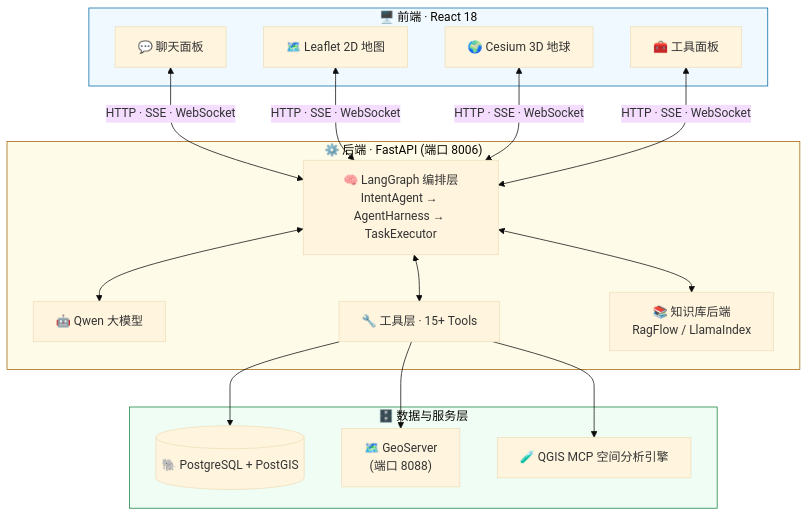
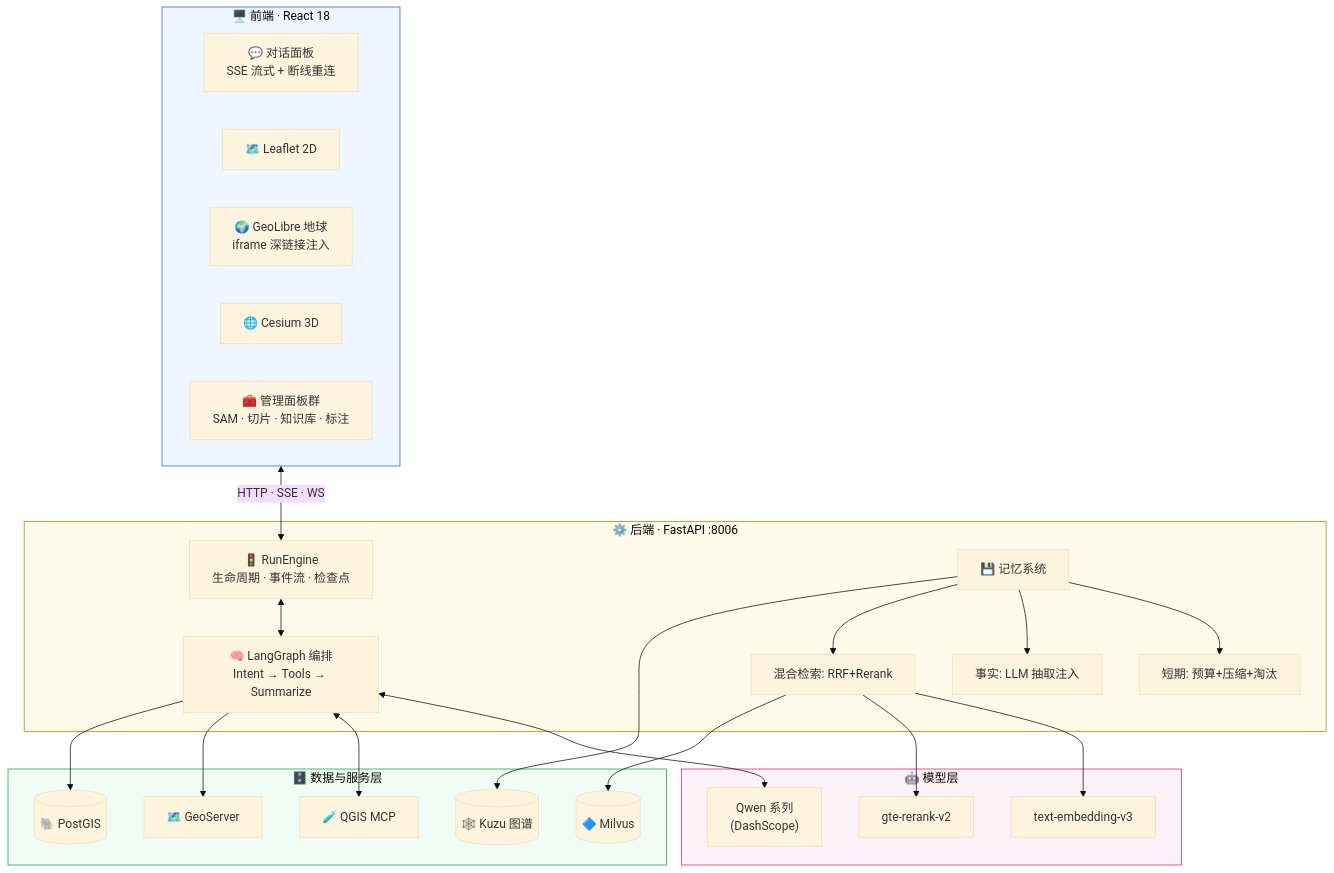
One commit to PotatoH-cmd/Smart_Map changed the first of 2 diagrams in README.md. Above: the diagram before and after it, drawn with Mermaid (base theme). The commit also changed other lines of this file and 37 other files, not shown here.

First line of the commit message:
feat: 记忆系统全面升级 + GeoLibre 三维工作台 + 前端交互优化

````diff
--- a/README.md
+++ b/README.md
@@ -62,34 +77,47 @@
 ```mermaid
 graph TB
     subgraph FE["🖥️ 前端 · React 18"]
-        Chat["💬 聊天面板"]
-        Map2D["🗺️ Leaflet 2D 地图"]
-        Map3D["🌍 Cesium 3D 地球"]
-        Tools["🧰 工具面板"]
+        Chat["💬 对话面板<br/>SSE 流式 + 断线重连"]
+        Map2D["🗺️ Leaflet 2D"]
+        Globe["🌍 GeoLibre 地球<br/>iframe 深链接注入"]
+        Map3D["🌐 Cesium 3D"]
+        Panels["🧰 管理面板群<br/>SAM · 切片 · 知识库 · 标注"]
     end
 
-    subgraph BE["⚙️ 后端 · FastAPI (端口 8006)"]
-        Orche["🧠 LangGraph 编排层<br/>IntentAgent → AgentHarness → TaskExecutor"]
-        LLM["🤖 Qwen 大模型"]
-        ToolLayer["🔧 工具层 · 15+ Tools"]
-        KB["📚 知识库后端<br/>RagFlow / LlamaIndex"]
+    subgraph BE["⚙️ 后端 · FastAPI :8006"]
+        Engine["🚦 RunEngine<br/>生命周期 · 事件流 · 检查点"]
+        Graph["🧠 LangGraph 编排<br/>Intent → Tools → Summarize"]
+        Memory["💾 记忆系统"]
+        Short["短期: 预算+压缩+淘汰"]
+        Fact["事实: LLM 抽取注入"]
+        Hybrid["混合检索: RRF+Rerank"]
+        Memory --> Short & Fact & Hybrid
+    end
+
+    subgraph AI["🤖 模型层"]
+        LLM["Qwen 系列<br/>(DashScope)"]
+        EMB["text-embedding-v3"]
+        RERANK["gte-rerank-v2"]
     end
 
     subgraph DATA["🗄️ 数据与服务层"]
-        PG[("🐘 PostgreSQL + PostGIS")]
-        GS["🗺️ GeoServer<br/>(端口 8088)"]
-        QGIS["🧪 QGIS MCP 空间分析引擎"]
+        PG[("🐘 PostGIS")]
+        MILVUS[("🔷 Milvus")]
+        GS["🗺️ GeoServer"]
+        QGIS["🧪 QGIS MCP"]
+        KUZU[("🕸️ Kuzu 图谱")]
     end
 
-    Chat & Map2D & Map3D & Tools <-->|"HTTP · SSE · WebSocket"| Orche
-    Orche <--> LLM
-    Orche <--> ToolLayer
-    Orche <--> KB
-    ToolLayer --> PG
-    ToolLayer --> GS
-    ToolLayer --> QGIS
+    FE <-->|"HTTP · SSE · WS"| Engine
+    Engine <--> Graph
+    Graph <--> LLM
+    Hybrid --> EMB & RERANK & MILVUS
+    Graph <--> QGIS
+    Graph --> GS & PG
+    Memory --> KUZU
 
-    style FE fill:#f0f9ff,stroke:#0369a1
-    style BE fill:#fefce8,stroke:#a16207
-    style DATA fill:#f0fdf4,stroke:#15803d
+    style FE fill:#eff6ff,stroke:#2563eb
+    style BE fill:#fffbeb,stroke:#d97706
+    style AI fill:#fdf2f8,stroke:#db2777
+    style DATA fill:#f0fdf4,stroke:#16a34a
 ```
````
